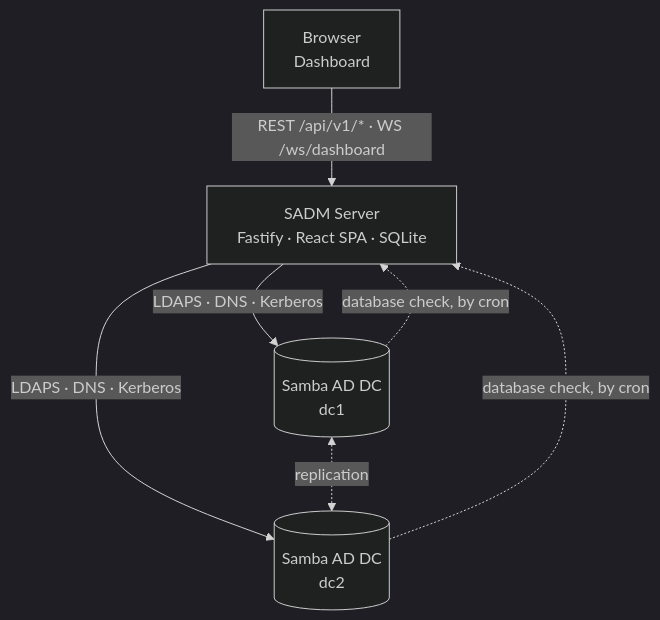
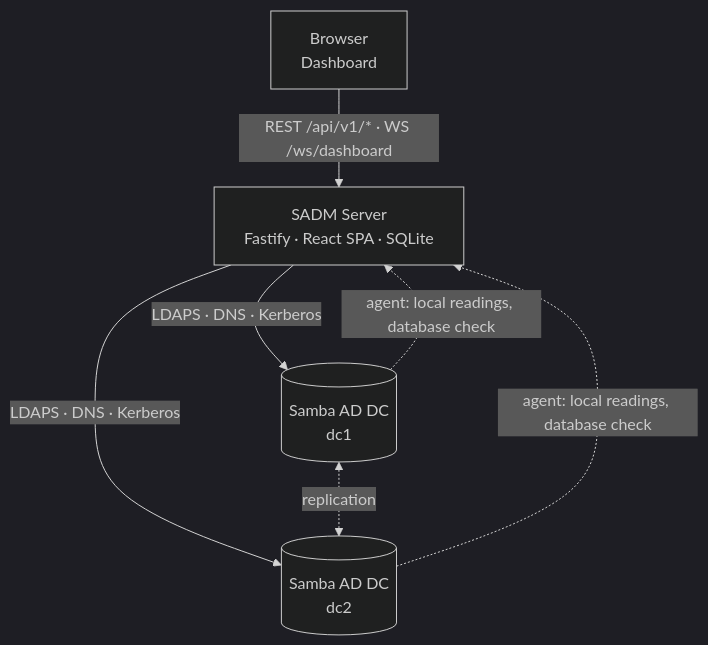
One commit to stefgo/samba-ad-manager changed the diagram in docs/index.md. Above: the diagram before and after it, drawn with Mermaid (dark theme). The commit also changed other lines of this file and 128 other files, not shown here.

````diff
--- a/docs/index.md
+++ b/docs/index.md
@@ -21,14 +23,14 @@
 ```mermaid
 flowchart TB
     B["Browser<br/>Dashboard"]
     S["SADM Server<br/>Fastify · React SPA · SQLite"]
     D1[("Samba AD DC<br/>dc1")]
     D2[("Samba AD DC<br/>dc2")]
 
     B -->|"REST /api/v1/* · WS /ws/dashboard"| S
     S -->|"LDAPS · DNS · Kerberos"| D1
     S -->|"LDAPS · DNS · Kerberos"| D2
-    D1 -.->|"database check, by cron"| S
-    D2 -.->|"database check, by cron"| S
+    D1 -.->|"agent: local readings, database check"| S
+    D2 -.->|"agent: local readings, database check"| S
     D1 <-.->|replication| D2
 ```
````
